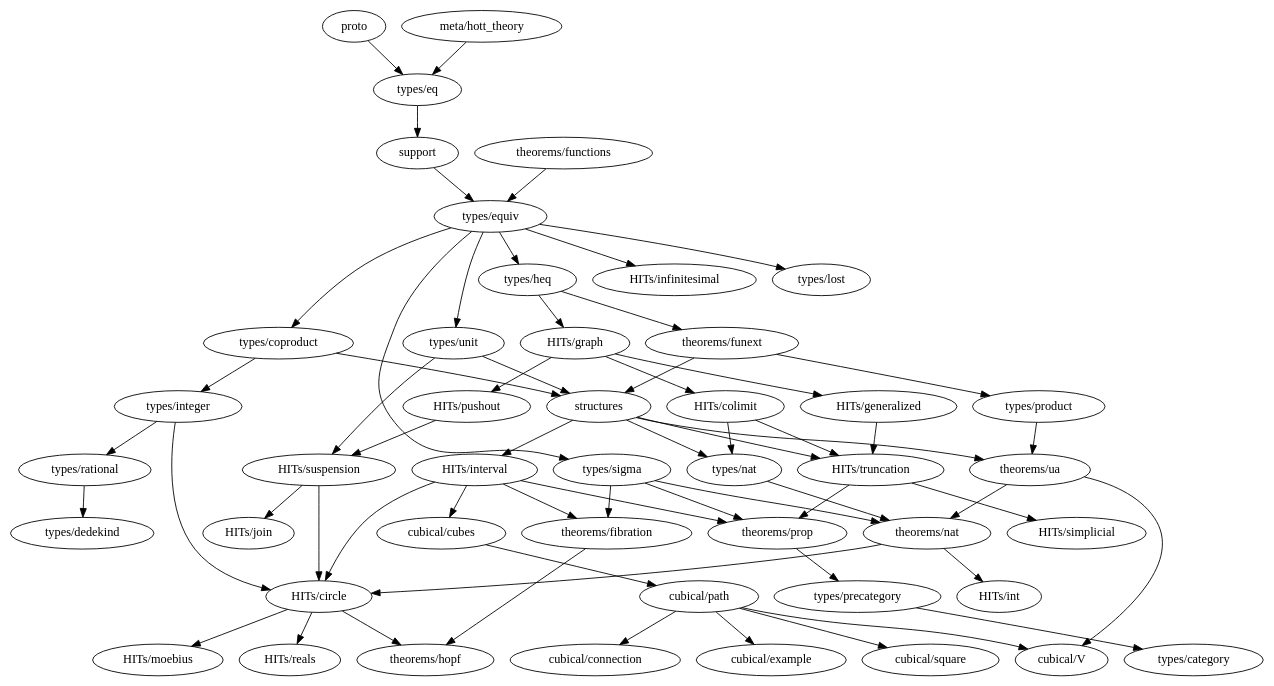
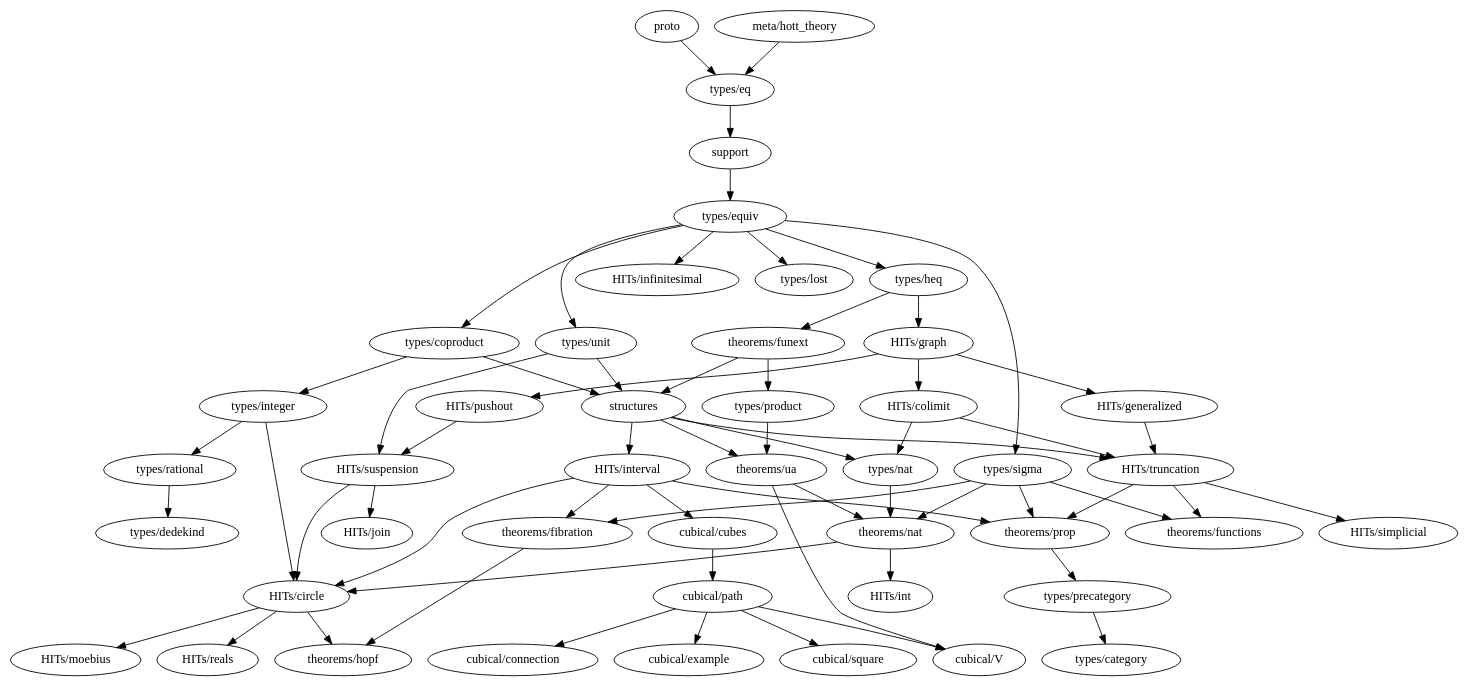
One commit to forked-from-1kasper/ground_zero changed the diagram in dependency_map.gv. Above: the diagram before and after it, drawn with Graphviz. The commit also changed 6 other files, not shown here.

```diff
--- a/dependency_map.gv
+++ b/dependency_map.gv
@@ -1,94 +1,98 @@
 digraph dependency_map {
   proto -> "types/eq"
   "meta/hott_theory" -> "types/eq"
   support -> "types/equiv"
   structures -> {
     "theorems/ua",
     "HITs/interval",
     "HITs/truncation",
     "types/nat"
   }
 
   subgraph types {
     "types/category"
     "types/coproduct" -> { "types/integer", structures }
     "types/dedekind"
     "types/eq" -> { support }
     "types/equiv" -> {
       "types/heq",
       "HITs/infinitesimal",
       "types/coproduct",
       "types/lost",
       "types/unit",
       "types/sigma"
     }
     "types/heq" -> {
       "HITs/graph", "theorems/funext"
     }
     "types/integer" -> {
       "HITs/circle",
       "types/rational"
     }
     "types/lost"
     "types/nat" -> { "theorems/nat" }
     "types/precategory" -> { "types/category" }
     "types/product" -> { "theorems/ua" }
     "types/rational" -> { "types/dedekind" }
-    "types/sigma" -> { "theorems/fibration", "theorems/prop", "theorems/nat" }
+    "types/sigma" -> {
+      "theorems/fibration", "theorems/prop",
+      "theorems/nat", "theorems/functions"
+    }
     "types/unit" -> { structures, "HITs/suspension" }
   }
 
   subgraph HITs {
     "HITs/circle" -> { "theorems/hopf", "HITs/moebius", "HITs/reals" }
     "HITs/colimit" -> { "HITs/truncation", "types/nat" }
     "HITs/generalized" -> "HITs/truncation"
     "HITs/graph" -> {
       "HITs/colimit",
       "HITs/generalized",
       "HITs/pushout"
     }
     "HITs/infinitesimal"
     "HITs/interval" -> {
       "cubical/cubes"
       "HITs/circle",
       "theorems/prop",
       "theorems/fibration"
     }
     "HITs/join"
     "HITs/moebius"
     "HITs/pushout" -> {
       "HITs/suspension"
     }
     "HITs/reals"
     "HITs/simplicial"
     "HITs/suspension" -> { "HITs/circle", "HITs/join" }
     "HITs/truncation" -> {
       "theorems/prop",
-      "HITs/simplicial"
+      "HITs/simplicial",
+      "theorems/functions"
     }
   }
 
   subgraph cubical {
     "cubical/connection"
     "cubical/cubes" -> "cubical/path"
     "cubical/example"
     "cubical/path" -> {
       "cubical/square",
       "cubical/example",
       "cubical/V",
       "cubical/connection"
     }
     "cubical/square"
     "cubical/V"
   }
 
   subgraph theorems {
     "theorems/fibration" -> { "theorems/hopf" }
-    "theorems/functions" -> { "types/equiv" }
+    "theorems/functions"
     "theorems/funext" -> { structures, "types/product" }
     "theorems/hopf"
     "theorems/nat" -> { "HITs/circle", "HITs/int" }
     "theorems/prop" -> { "types/precategory" }
     "theorems/ua" -> { "theorems/nat", "cubical/V" }
   }
 }
```
